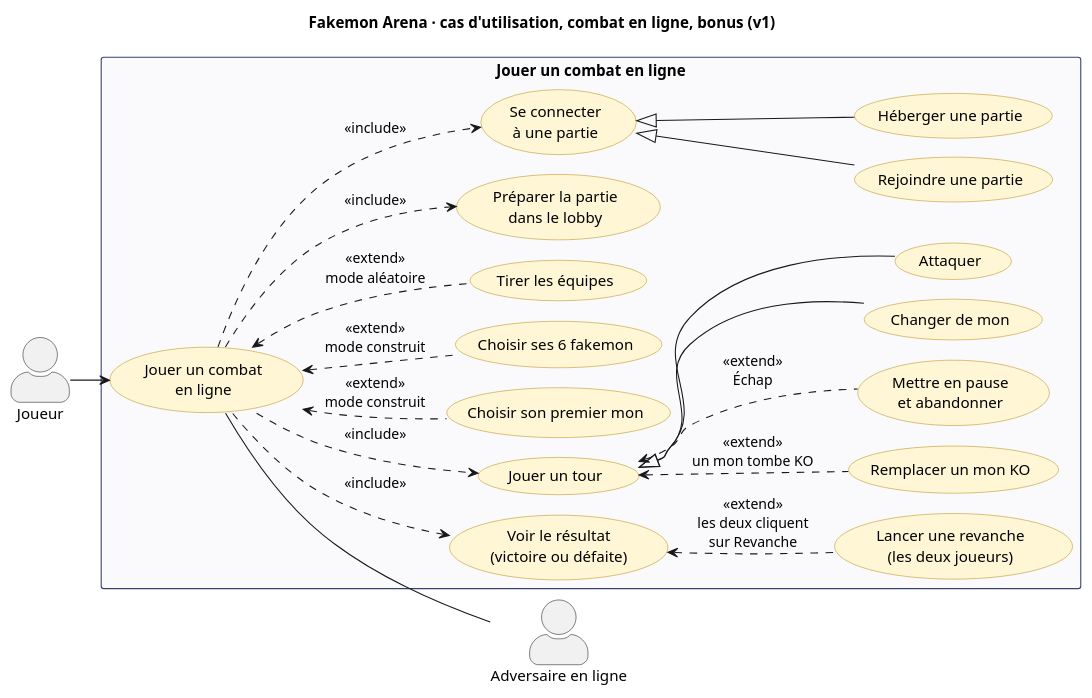
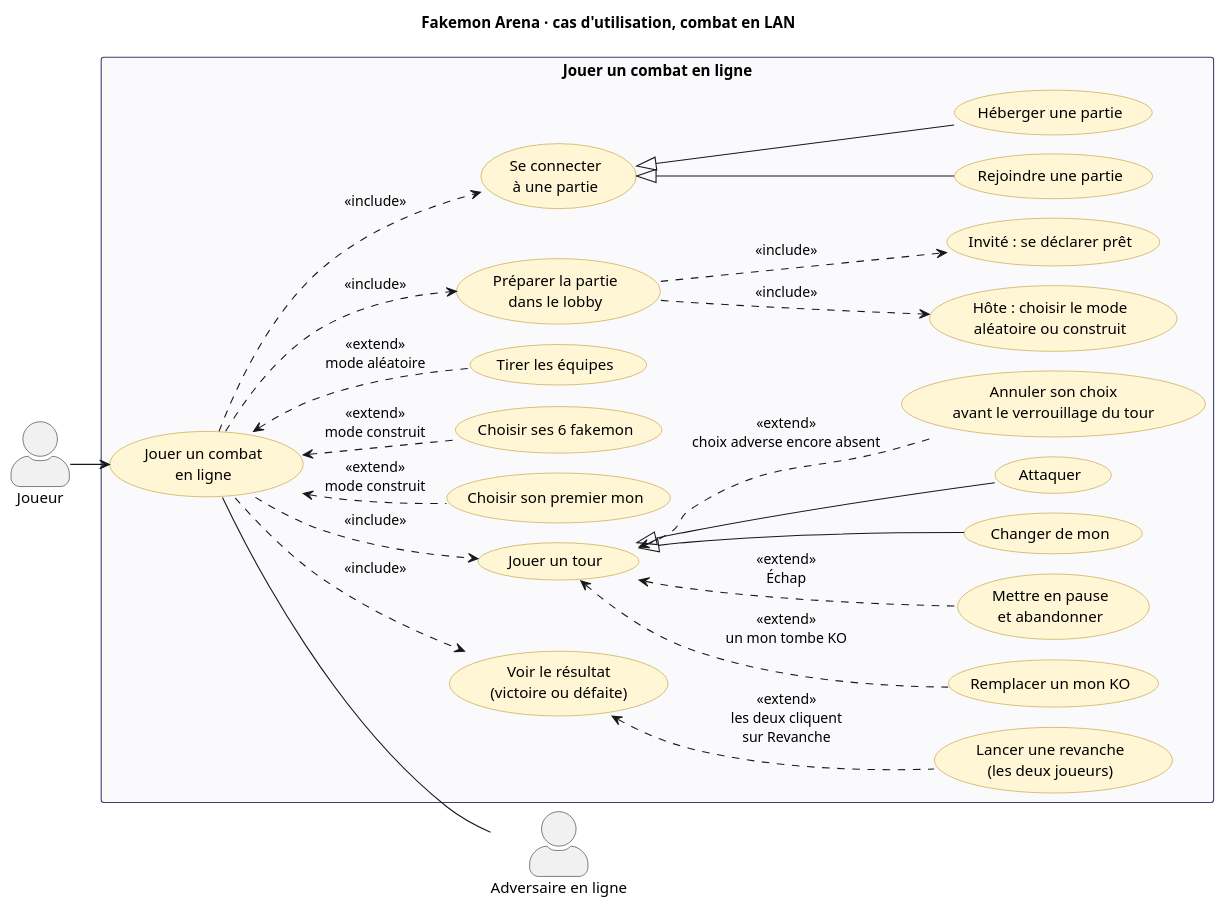
One commit to OnerAliCan/fakemon-arena changed the diagram in docs/uml/cu-combat-en-ligne.puml. Above: the diagram before and after it, drawn with PlantUML. The commit also changed 22 other files, not shown here.

First line of the commit message:
docs: actualise le guide du jeu et les parcours UML (#30) (#78)

```diff
--- a/docs/uml/cu-combat-en-ligne.puml
+++ b/docs/uml/cu-combat-en-ligne.puml
@@ -1,53 +1,59 @@
 @startuml cu-combat-en-ligne
 !pragma layout smetana
 left to right direction
 skinparam actorStyle awesome
 skinparam defaultFontName Segoe UI
 skinparam usecase {
   BackgroundColor #FFF6D6
   BorderColor #B8901A
 }
 skinparam rectangle {
   BorderColor #3A4170
   BackgroundColor #FAFAFD
 }
-title Fakemon Arena · cas d'utilisation, combat en ligne, bonus (v1)
+title Fakemon Arena · cas d'utilisation, combat en LAN
 
 actor "Joueur" as joueur
 actor "Adversaire en ligne" as adv
 
 rectangle "Jouer un combat en ligne" {
   usecase "Jouer un combat\nen ligne" as jouerLigne
   usecase "Lancer une revanche\n(les deux joueurs)" as revanche
   usecase "Voir le résultat\n(victoire ou défaite)" as resultat
   usecase "Remplacer un mon KO" as ko
   usecase "Mettre en pause\net abandonner" as pause
   usecase "Changer de mon" as changer
   usecase "Attaquer" as attaquer
   usecase "Jouer un tour" as tour
   usecase "Choisir son premier mon" as premier
   usecase "Choisir ses 6 fakemon" as choisir6
   usecase "Tirer les équipes" as tirer
   usecase "Préparer la partie\ndans le lobby" as lobby
+  usecase "Hôte : choisir le mode\naléatoire ou construit" as mode
+  usecase "Invité : se déclarer prêt" as pret
+  usecase "Annuler son choix\navant le verrouillage du tour" as annuler
   usecase "Rejoindre une partie" as rejoindre
   usecase "Héberger une partie" as heberger
   usecase "Se connecter\nà une partie" as connecter
 }
 
 joueur --> jouerLigne
 jouerLigne ..> connecter : <<include>>
 connecter <|-- heberger
 connecter <|-- rejoindre
 jouerLigne ..> lobby : <<include>>
+lobby ..> mode : <<include>>
+lobby ..> pret : <<include>>
 jouerLigne <.. tirer : <<extend>>\nmode aléatoire
 jouerLigne <.. choisir6 : <<extend>>\nmode construit
 jouerLigne <.. premier : <<extend>>\nmode construit
 jouerLigne ..> tour : <<include>>
 jouerLigne ..> resultat : <<include>>
 tour <|-- attaquer
 tour <|-- changer
 tour <.. pause : <<extend>>\nÉchap
+tour <.. annuler : <<extend>>\nchoix adverse encore absent
 tour <.. ko : <<extend>>\nun mon tombe KO
 resultat <.. revanche : <<extend>>\nles deux cliquent\nsur Revanche
 jouerLigne -- adv
 @enduml
```
